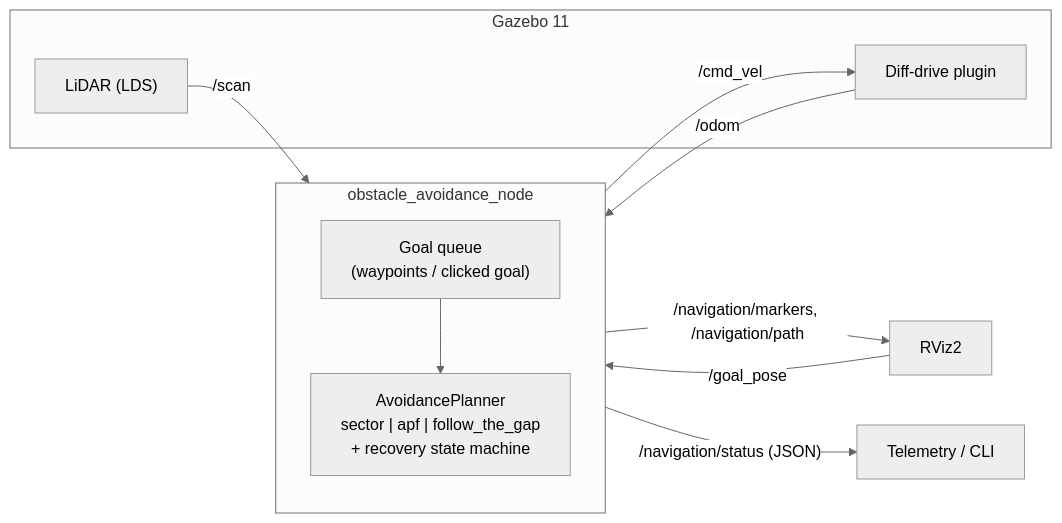
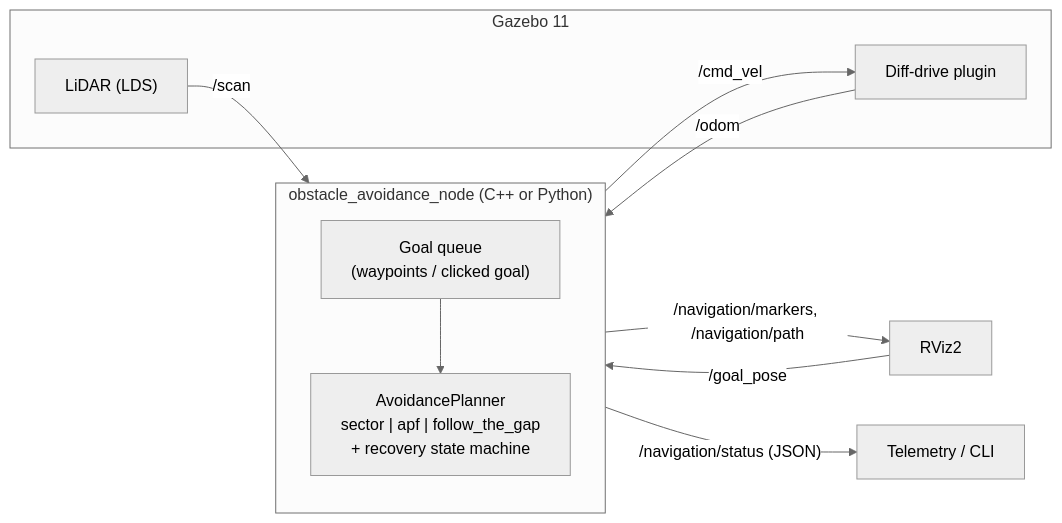
Before and after one commit to anson10/Autonomous-Robot-Navigation-and-Obstacle-Avoidance-Using-ROS2-and-Gazebo: the diagram in README.md, drawn with Mermaid (neutral theme). The commit also changed other lines of this file and 1 other file, not shown here.

Commit message:
README: C++ node, parity and latency results

````diff
--- a/README.md
+++ b/README.md
@@ -116,18 +149,18 @@
 ```mermaid
 flowchart LR
     subgraph Gazebo ["Gazebo 11"]
         LIDAR["LiDAR (LDS)"]
         DIFF["Diff-drive plugin"]
     end
     RVIZ["RViz2"] -- "/goal_pose" --> NODE
     LIDAR -- "/scan" --> NODE
     DIFF -- "/odom" --> NODE
-    subgraph NODE ["obstacle_avoidance_node"]
+    subgraph NODE ["obstacle_avoidance_node (C++ or Python)"]
         GOALS["Goal queue\n(waypoints / clicked goal)"]
         PLAN["AvoidancePlanner\nsector | apf | follow_the_gap\n+ recovery state machine"]
         GOALS --> PLAN
     end
     NODE -- "/cmd_vel" --> DIFF
     NODE -- "/navigation/markers, /navigation/path" --> RVIZ
     NODE -- "/navigation/status (JSON)" --> TELEM["Telemetry / CLI"]
 ```
````
